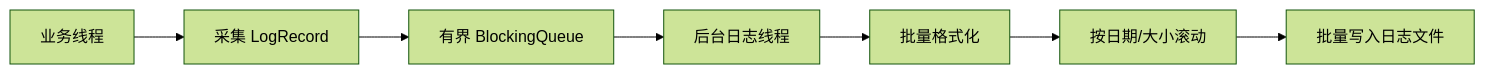
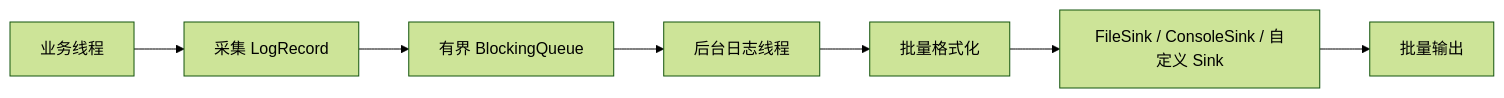
One commit to qxf-72/cpp_logger changed the diagram in README.md. Above: the diagram before and after it, drawn with Mermaid (forest theme). The commit also changed other lines of this file and 8 other files, not shown here.

````diff
--- a/README.md
+++ b/README.md
@@ -125,9 +140,9 @@
 ```mermaid
 flowchart LR
     P[业务线程] --> R[采集 LogRecord]
     R --> Q[有界 BlockingQueue]
     Q --> W[后台日志线程]
     W --> F[批量格式化]
-    F --> O[按日期/大小滚动]
-    O --> D[批量写入日志文件]
+    F --> S[FileSink / ConsoleSink / 自定义 Sink]
+    S --> D[批量输出]
 ```
````
